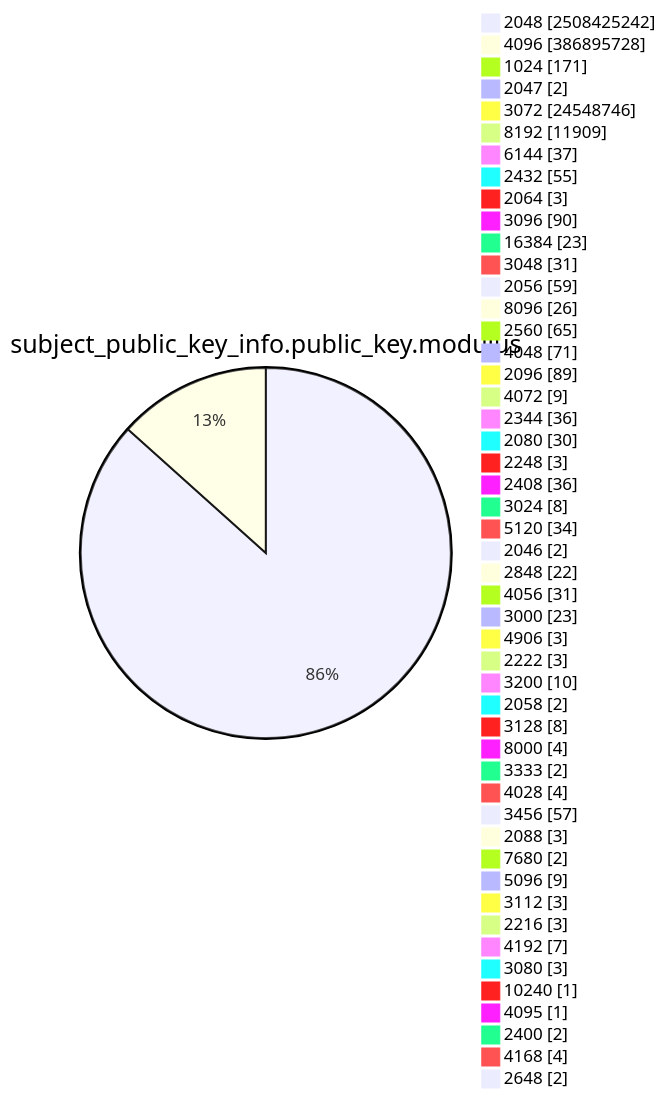
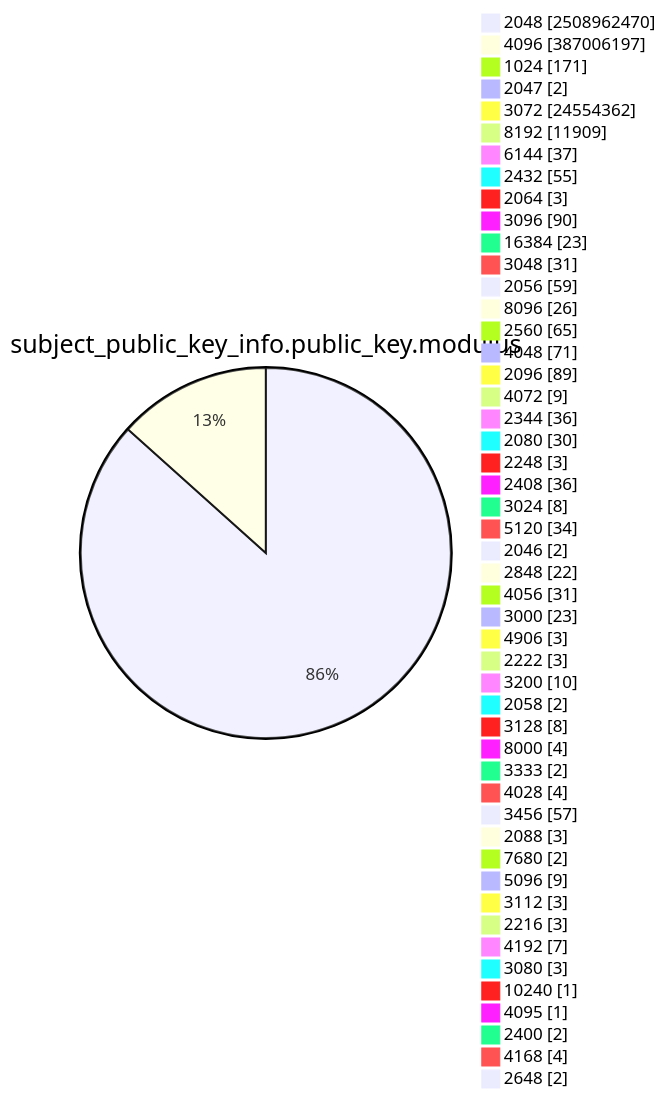
Diagram 13 of 15 in TOTAL/README.md (christiankrug/ctmonitor_visualization), drawn with Mermaid before and after one commit. The commit also changed other lines of this file, not shown here.

````diff
--- a/TOTAL/README.md
+++ b/TOTAL/README.md
@@ -4169,53 +4169,53 @@
 ```mermaid
 pie showData
 title subject_public_key_info.public_key.modulus
-"2048" :2508425242
-"4096" :386895728
+"2048" :2508962470
+"4096" :387006197
 "1024" :171
 "2047" :2
-"3072" :24548746
+"3072" :24554362
 "8192" :11909
 "6144" :37
 "2432" :55
 "2064" :3
 "3096" :90
 "16384" :23
 "3048" :31
 "2056" :59
 "8096" :26
 "2560" :65
 "4048" :71
 "2096" :89
 "4072" :9
 "2344" :36
 "2080" :30
 "2248" :3
 "2408" :36
 "3024" :8
 "5120" :34
 "2046" :2
 "2848" :22
 "4056" :31
 "3000" :23
 "4906" :3
 "2222" :3
 "3200" :10
 "2058" :2
 "3128" :8
 "8000" :4
 "3333" :2
 "4028" :4
 "3456" :57
 "2088" :3
 "7680" :2
 "5096" :9
 "3112" :3
 "2216" :3
 "4192" :7
 "3080" :3
 "10240" :1
 "4095" :1
 "2400" :2
 "4168" :4
 "2648" :2
 ```
````
